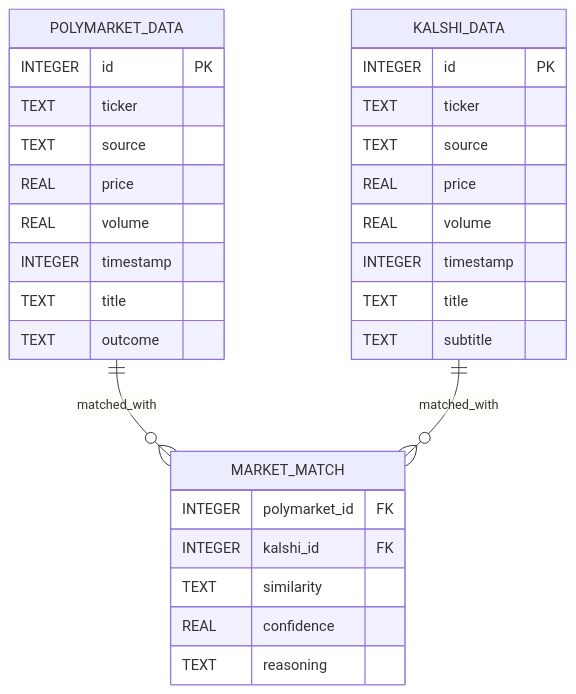
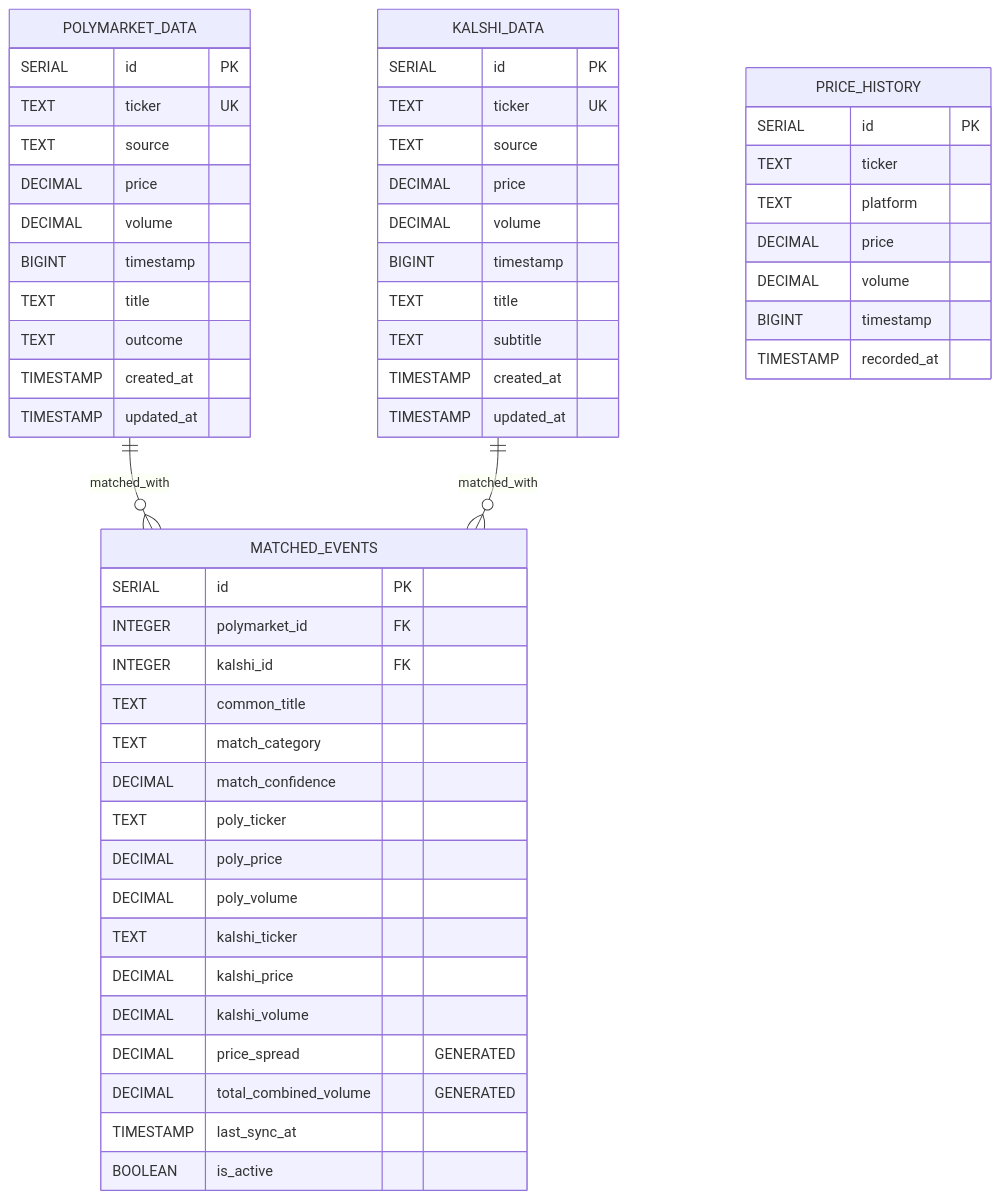
One commit to ivaaak/PredictionMarket-Arbitrage changed the seventh of 8 diagrams in docs/architecture.md. Above: the diagram before and after it, drawn with Mermaid. The commit also changed other lines of this file and 40 other files, not shown here.

````diff
--- a/docs/architecture.md
+++ b/docs/architecture.md
@@ -297,35 +304,60 @@
 ```mermaid
 erDiagram
     POLYMARKET_DATA {
-        INTEGER id PK
-        TEXT ticker
+        SERIAL id PK
+        TEXT ticker UK
         TEXT source
-        REAL price
-        REAL volume
-        INTEGER timestamp
+        DECIMAL price
+        DECIMAL volume
+        BIGINT timestamp
         TEXT title
         TEXT outcome
+        TIMESTAMP created_at
+        TIMESTAMP updated_at
     }
-    
+
     KALSHI_DATA {
-        INTEGER id PK
-        TEXT ticker
+        SERIAL id PK
+        TEXT ticker UK
         TEXT source
-        REAL price
-        REAL volume
-        INTEGER timestamp
+        DECIMAL price
+        DECIMAL volume
+        BIGINT timestamp
         TEXT title
         TEXT subtitle
+        TIMESTAMP created_at
+        TIMESTAMP updated_at
     }
-    
-    POLYMARKET_DATA ||--o{ MARKET_MATCH : "matched_with"
-    KALSHI_DATA ||--o{ MARKET_MATCH : "matched_with"
-    
-    MARKET_MATCH {
+
+    MATCHED_EVENTS {
+        SERIAL id PK
         INTEGER polymarket_id FK
         INTEGER kalshi_id FK
-        TEXT similarity
-        REAL confidence
-        TEXT reasoning
+        TEXT common_title
+        TEXT match_category
+        DECIMAL match_confidence
+        TEXT poly_ticker
+        DECIMAL poly_price
+        DECIMAL poly_volume
+        TEXT kalshi_ticker
+        DECIMAL kalshi_price
+        DECIMAL kalshi_volume
+        DECIMAL price_spread "GENERATED"
+        DECIMAL total_combined_volume "GENERATED"
+        TIMESTAMP last_sync_at
+        BOOLEAN is_active
     }
+
+    PRICE_HISTORY {
+        SERIAL id PK
+        TEXT ticker
+        TEXT platform
+        DECIMAL price
+        DECIMAL volume
+        BIGINT timestamp
+        TIMESTAMP recorded_at
+    }
+
+    POLYMARKET_DATA ||--o{ MATCHED_EVENTS : "matched_with"
+    KALSHI_DATA ||--o{ MATCHED_EVENTS : "matched_with"
 ```
````
